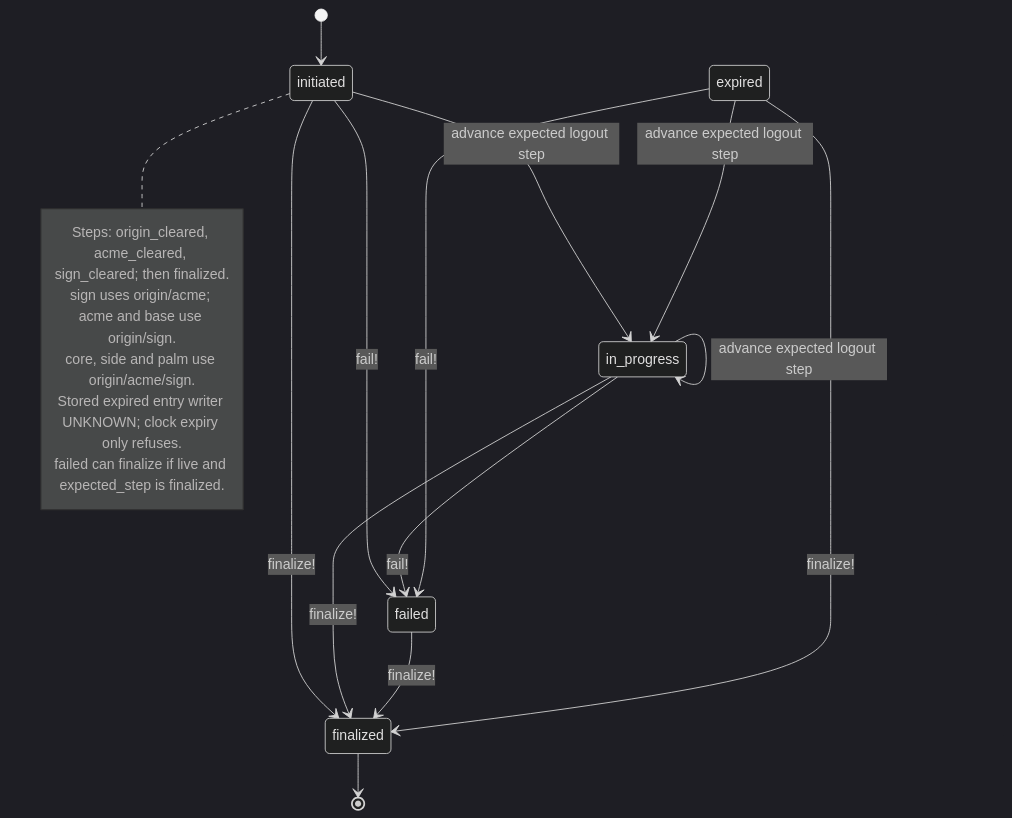
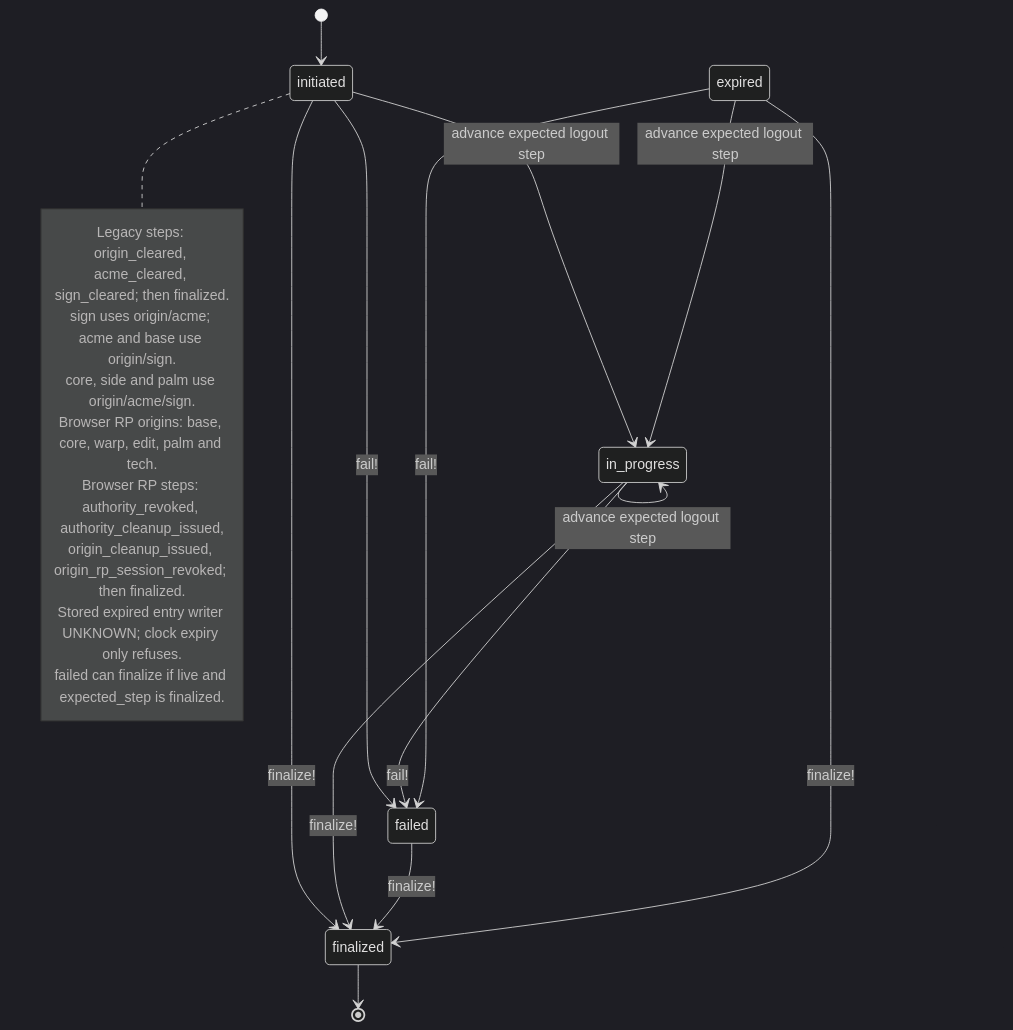
The diagram in docs/mermaid/idp-shared-acme-logout.mmd (seahal/umaxica-apps-jit-global), drawn with Mermaid (dark theme) before and after one commit. The commit also changed 1063 other files, not shown here.

```diff
--- a/docs/mermaid/idp-shared-acme-logout.mmd
+++ b/docs/mermaid/idp-shared-acme-logout.mmd
@@ -1,26 +1,29 @@
 stateDiagram-v2
     %% CURRENT implementation; sources and guards in transition inventory.
     state "initiated" as initiated
     state "in_progress" as in_progress
     state "finalized" as finalized
     state "failed" as failed
     state "expired" as expired
     [*] --> initiated
     initiated --> in_progress: advance expected logout step
     in_progress --> in_progress: advance expected logout step
     expired --> in_progress: advance expected logout step
     initiated --> finalized: finalize!
     in_progress --> finalized: finalize!
     failed --> finalized: finalize!
     expired --> finalized: finalize!
     initiated --> failed: fail!
     in_progress --> failed: fail!
     expired --> failed: fail!
     finalized --> [*]
     note right of initiated
-        Steps: origin_cleared, acme_cleared, sign_cleared; then finalized.
+        Legacy steps: origin_cleared, acme_cleared, sign_cleared; then finalized.
         sign uses origin/acme; acme and base use origin/sign.
         core, side and palm use origin/acme/sign.
+        Browser RP origins: base, core, warp, edit, palm and tech.
+        Browser RP steps: authority_revoked, authority_cleanup_issued,
+        origin_cleanup_issued, origin_rp_session_revoked; then finalized.
         Stored expired entry writer UNKNOWN; clock expiry only refuses.
         failed can finalize if live and expected_step is finalized.
     end note
```
